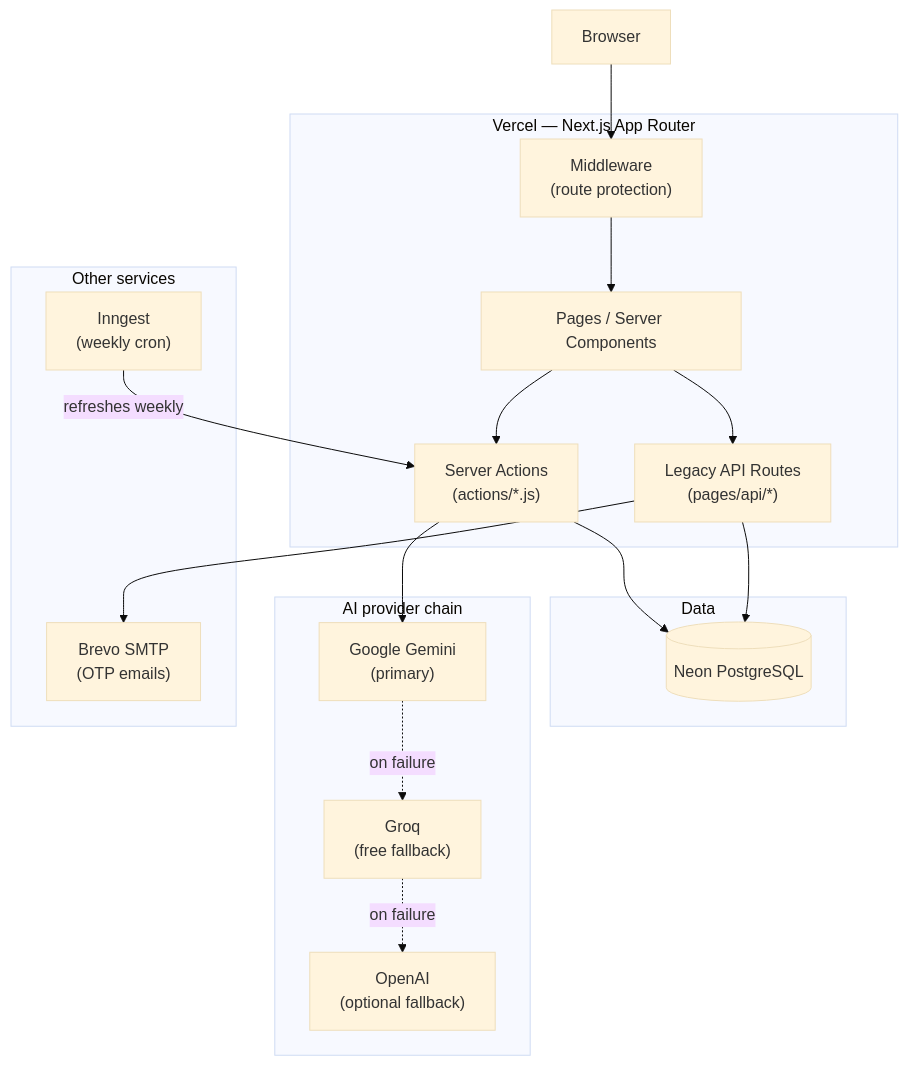
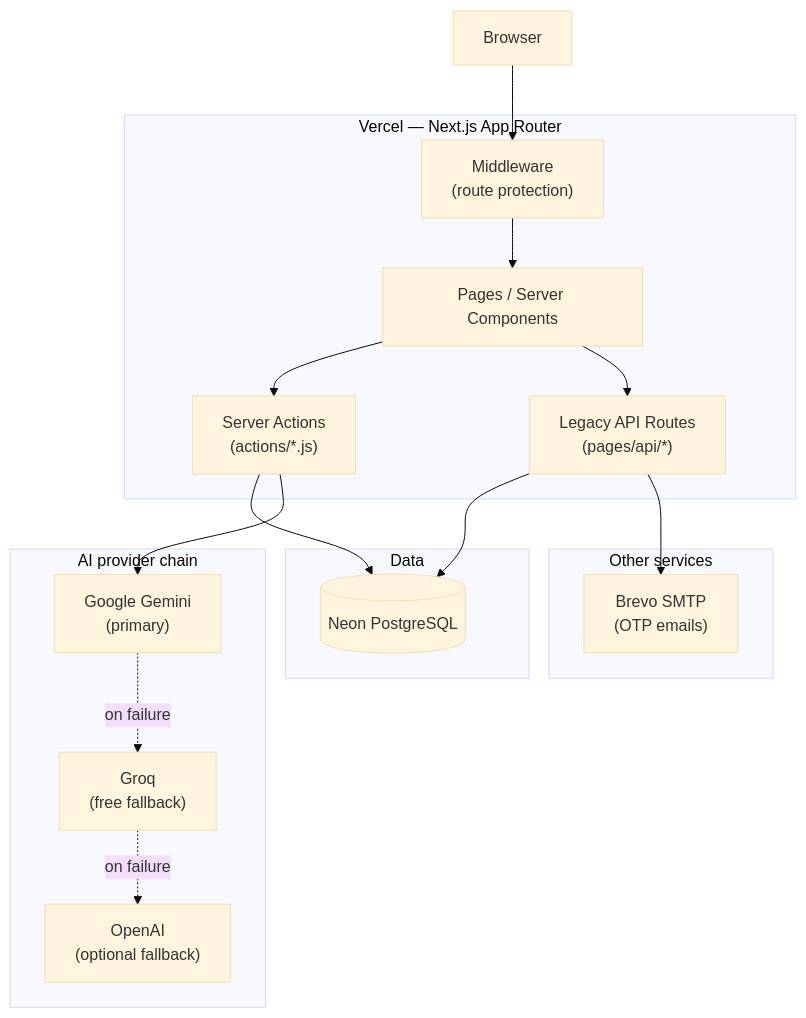
One commit to prerna701/ai-career-coach changed the first of 4 diagrams in README.md. Above: the diagram before and after it, drawn with Mermaid (base theme). The commit also changed other lines of this file and 4 other files, not shown here.

````diff
--- a/README.md
+++ b/README.md
@@ -39,37 +38,35 @@
 ```mermaid
 graph TB
     Browser["Browser"]
 
     subgraph Vercel["Vercel — Next.js App Router"]
         MW["Middleware<br/>(route protection)"]
         Pages["Pages / Server Components"]
         Actions["Server Actions<br/>(actions/*.js)"]
         API["Legacy API Routes<br/>(pages/api/*)"]
     end
 
     subgraph Data["Data"]
         Neon[("Neon PostgreSQL")]
     end
 
     subgraph AI["AI provider chain"]
         Gemini["Google Gemini<br/>(primary)"]
         Groq["Groq<br/>(free fallback)"]
         OpenAI["OpenAI<br/>(optional fallback)"]
     end
 
     subgraph Services["Other services"]
         Brevo["Brevo SMTP<br/>(OTP emails)"]
-        Inngest["Inngest<br/>(weekly cron)"]
     end
 
     Browser --> MW --> Pages
     Pages --> Actions
     Pages --> API
     Actions --> Neon
     API --> Neon
     API --> Brevo
     Actions --> Gemini
     Gemini -. on failure .-> Groq
     Groq -. on failure .-> OpenAI
-    Inngest -->|refreshes weekly| Actions
 ```
````
